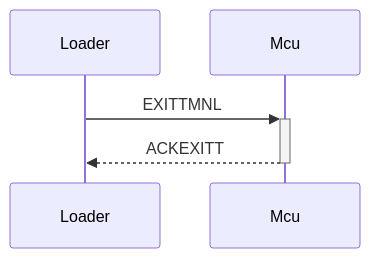
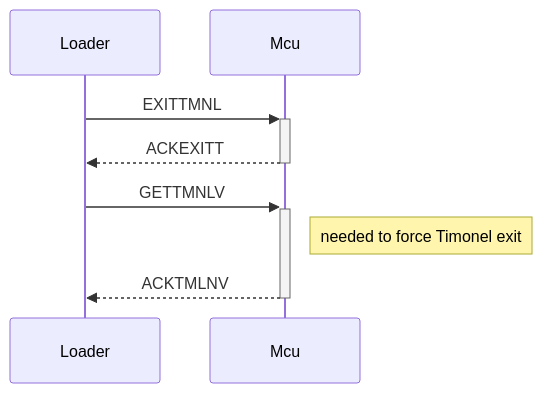
The sixth of 6 diagrams in Protocol.md (prandeamus/timonel-py), drawn with Mermaid before and after one commit. The commit also changed other lines of this file, not shown here.

````diff
--- a/Protocol.md
+++ b/Protocol.md
@@ -75,7 +119,10 @@
 ```mermaid
 sequenceDiagram
     participant L as Loader
     participant M as Mcu
     L->>+M:EXITTMNL
     M-->>-L:ACKEXITT
+    L->>+M: GETTMNLV
+    Note Right of M: needed to force Timonel exit
+    M-->>-L: ACKTMLNV
 ```
````
